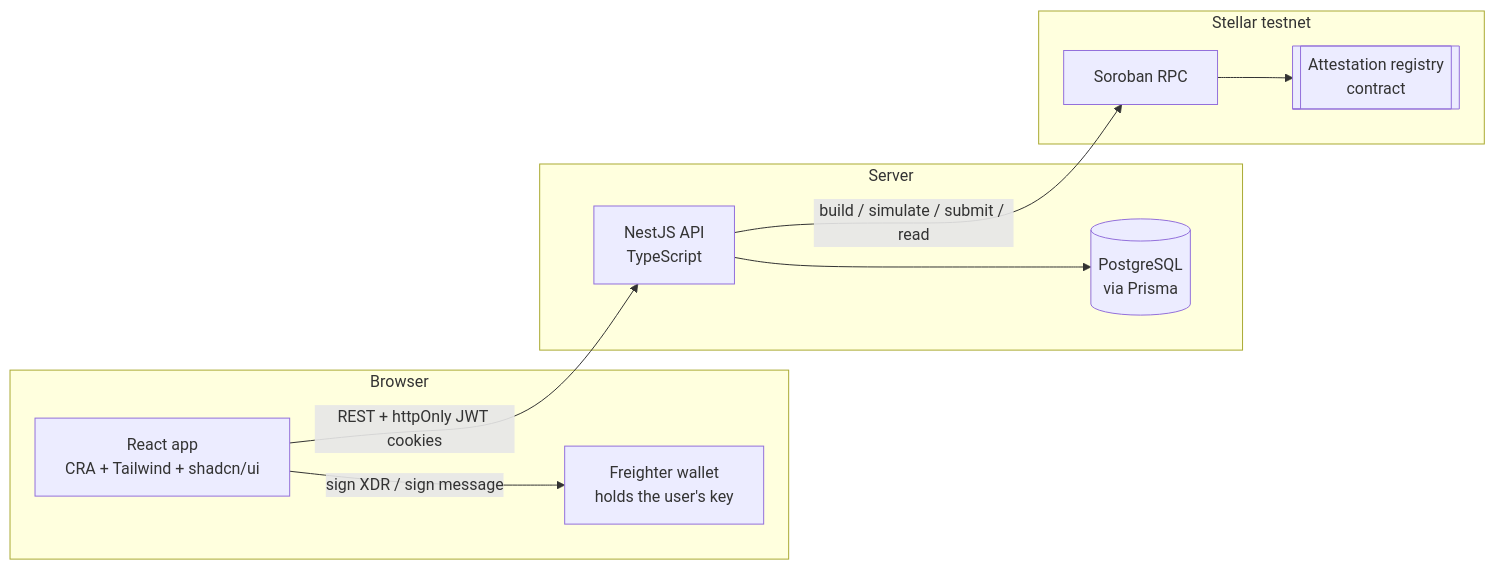
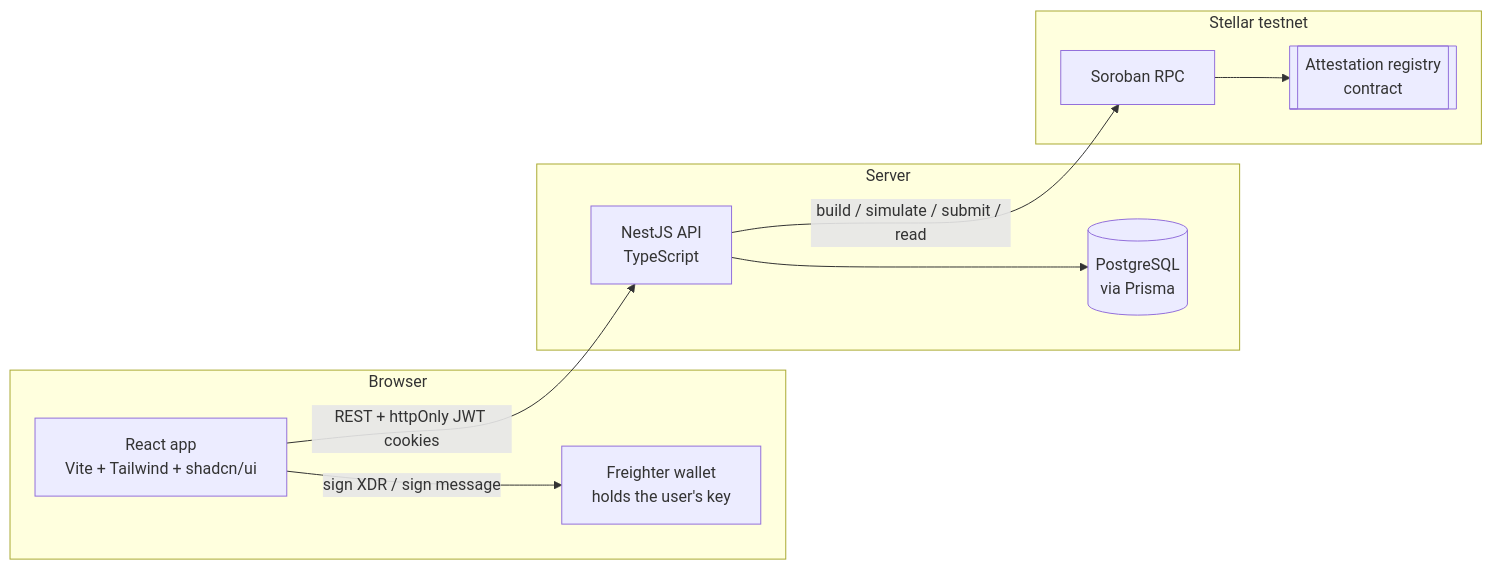
The first of 2 diagrams in README.md (christopher-icalla/tugma), drawn with Mermaid before and after one commit. The commit also changed other lines of this file and 16 other files, not shown here.

First line of the commit message:
Build the web app with Vite instead of Create React App

````diff
--- a/README.md
+++ b/README.md
@@ -136,20 +136,20 @@
 ```mermaid
 flowchart LR
   subgraph Browser
-    UI[React app<br/>CRA + Tailwind + shadcn/ui]
+    UI[React app<br/>Vite + Tailwind + shadcn/ui]
     FW[Freighter wallet<br/>holds the user's key]
   end
   subgraph Server
     API[NestJS API<br/>TypeScript]
     DB[(PostgreSQL<br/>via Prisma)]
   end
   subgraph Stellar[Stellar testnet]
     RPC[Soroban RPC]
     SC[[Attestation registry<br/>contract]]
   end
 
   UI -- REST + httpOnly JWT cookies --> API
   API --> DB
   API -- build / simulate / submit / read --> RPC --> SC
   UI -- sign XDR / sign message --> FW
 ```
````
